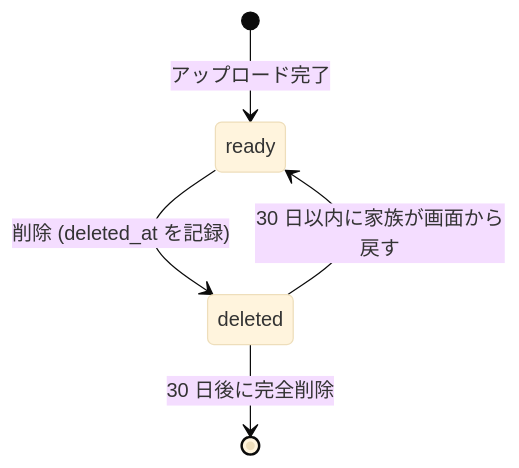
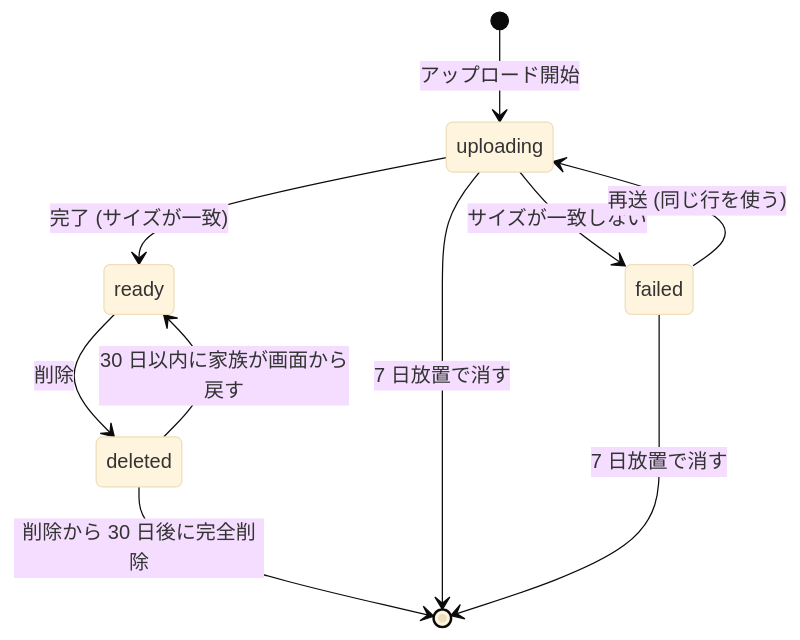
Before and after one commit to Inouey1008/family-video: the second of 2 diagrams in docs/specs/data.md, drawn with Mermaid (base theme). The commit also changed other lines of this file and 2 other files, not shown here.

Commit message:
docs: 動画の状態の遷移を video_lifecycle_events に記録し、deleted_at をなくす

````diff
--- a/docs/specs/data.md
+++ b/docs/specs/data.md
@@ -39,7 +47,12 @@
 ```mermaid
 stateDiagram-v2
-  [*] --> ready: アップロード完了
-  ready --> deleted: 削除 (deleted_at を記録)
+  [*] --> uploading: アップロード開始
+  uploading --> ready: 完了 (サイズが一致)
+  uploading --> failed: サイズが一致しない
+  failed --> uploading: 再送 (同じ行を使う)
+  ready --> deleted: 削除
   deleted --> ready: 30 日以内に家族が画面から戻す
-  deleted --> [*]: 30 日後に完全削除
+  deleted --> [*]: 削除から 30 日後に完全削除
+  uploading --> [*]: 7 日放置で消す
+  failed --> [*]: 7 日放置で消す
 ```
````
